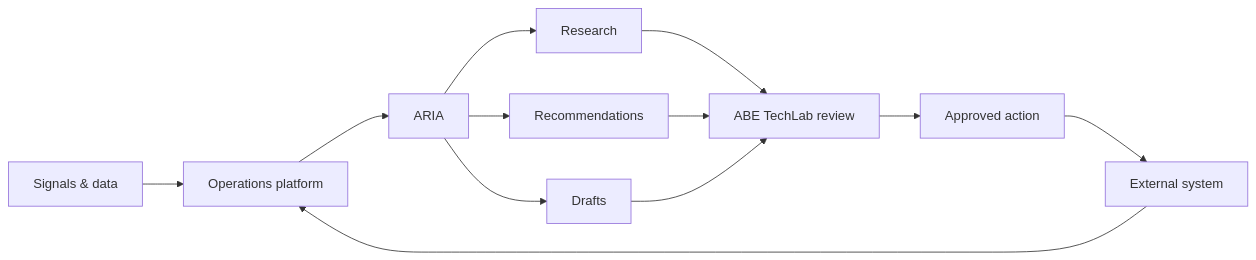
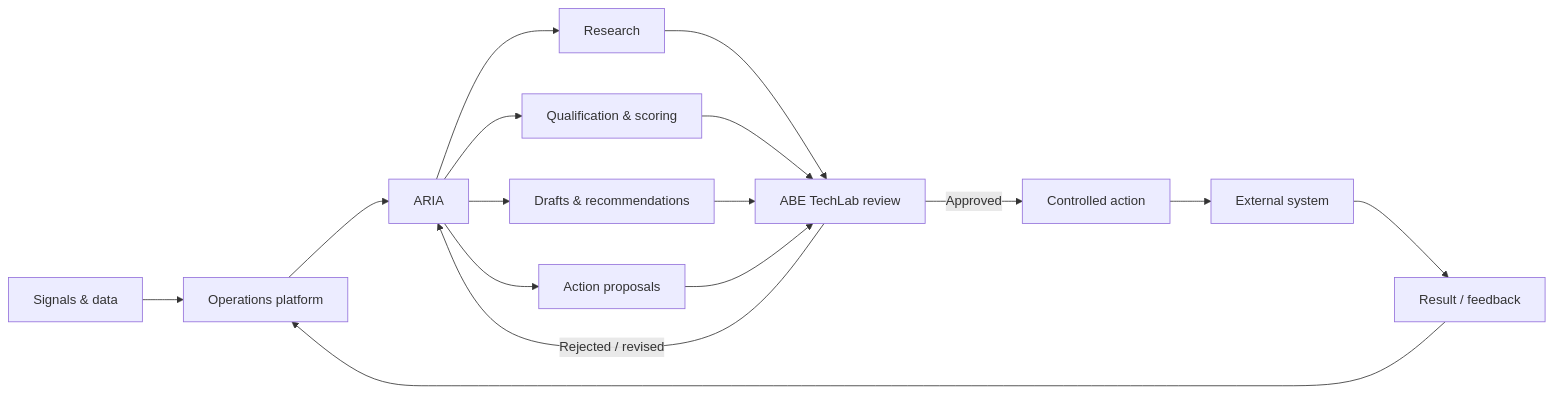
The first of 3 diagrams in README.md (gODtECH-Ctl-Create/ABE-TechLab-Operations), drawn with Mermaid before and after one commit. The commit also changed other lines of this file, not shown here.

Commit message:
docs: redesign operations README

````diff
--- a/README.md
+++ b/README.md
@@ -51,14 +99,21 @@
 ```mermaid
-graph LR
-    A[Signals & data] --> B[Operations platform]
-    B --> C[ARIA]
-    C --> D[Research]
-    C --> E[Recommendations]
-    C --> F[Drafts]
-    D --> G[ABE TechLab review]
-    E --> G
-    F --> G
-    G --> H[Approved action]
-    H --> I[External system]
-    I --> B
+flowchart LR
+    S[Signals & data] --> O[Operations platform]
+    O --> A[ARIA]
+
+    A --> R[Research]
+    A --> Q[Qualification & scoring]
+    A --> D[Drafts & recommendations]
+    A --> P[Action proposals]
+
+    R --> H[ABE TechLab review]
+    Q --> H
+    D --> H
+    P --> H
+
+    H -->|Approved| X[Controlled action]
+    H -->|Rejected / revised| A
+    X --> E[External system]
+    E --> F[Result / feedback]
+    F --> O
 ```
````
